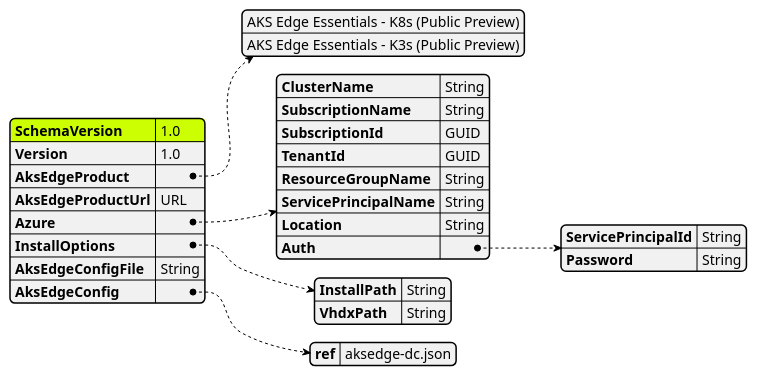
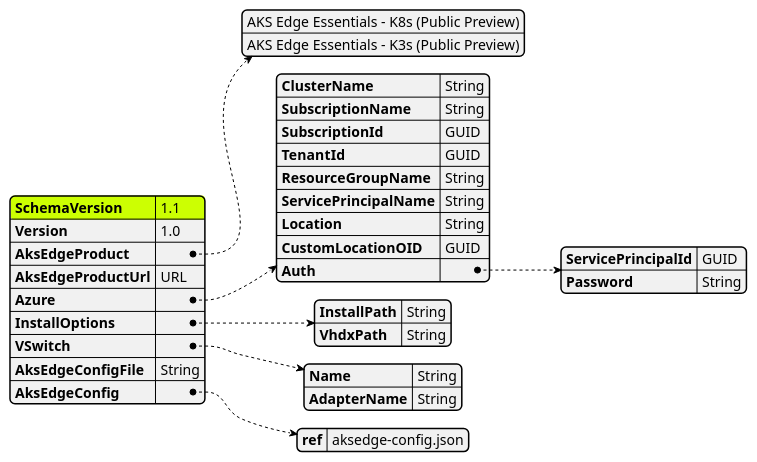
The diagram in AKSEdgeTools/modules/AksEdgeDeploy/aide-userconfig.puml (digitaltwinconsortium/ManufacturingOntologies), drawn with PlantUML before and after one commit. The commit also changed 22 other files, not shown here.

```diff
--- a/AKSEdgeTools/modules/AksEdgeDeploy/aide-userconfig.puml
+++ b/AKSEdgeTools/modules/AksEdgeDeploy/aide-userconfig.puml
@@ -1,59 +1,61 @@
 @startjson AksEdgeDeploy
 <style>
 jsonDiagram {
     node {
-        FontName Segoe UI SemiBold
-        FontColor blue
-        FontSize 14
+        FontSize 12
         RoundCorner 10
-        LineThickness 1
+        LineThickness 0.5
         separator {
             LineThickness 0.25
-            LineColor black
         }
     }
     arrow {
-        LineColor blue
-        LineThickness 1
-        LineStyle 2;5
+        LineThickness 0.5
+        LineStyle 2;6
     }
     highlight {
-        BackgroundColor Blue
+        BackgroundColor black
         FontColor White
     }
 }
 </style>
 #highlight "SchemaVersion"
 {
-    "SchemaVersion":"1.0",
+    "SchemaVersion":"1.1",
     "Version":"1.0",
     "AksEdgeProduct" : [
                 "AKS Edge Essentials - K8s (Public Preview)",
                 "AKS Edge Essentials - K3s (Public Preview)"
             ],
     "AksEdgeProductUrl" : "URL",
     "Azure":{
         "ClusterName":"String",
         "SubscriptionName":"String",
         "SubscriptionId": "GUID",
         "TenantId":"GUID",
         "ResourceGroupName": "String",
         "ServicePrincipalName" : "String",
         "Location" : "String",
+        "CustomLocationOID":"GUID",
         "Auth": {
-            "ServicePrincipalId" : "String",
+            "ServicePrincipalId" : "GUID",
             "Password" : "String"
         }
     }
     ,
     "InstallOptions":{
         "InstallPath":"String",
         "VhdxPath":"String"
     }
     ,
+    "VSwitch": {
+        "Name": "String",
+        "AdapterName": "String"
+    }
+    ,
     "AksEdgeConfigFile":"String",
     "AksEdgeConfig":{
-        "ref" :"aksedge-dc.json"
+        "ref" :"aksedge-config.json"
     }
 }
 @endjson
```
